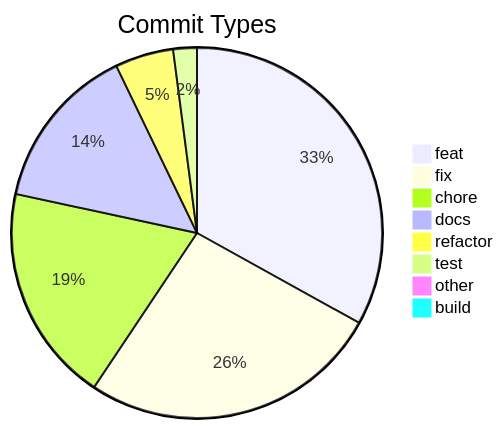
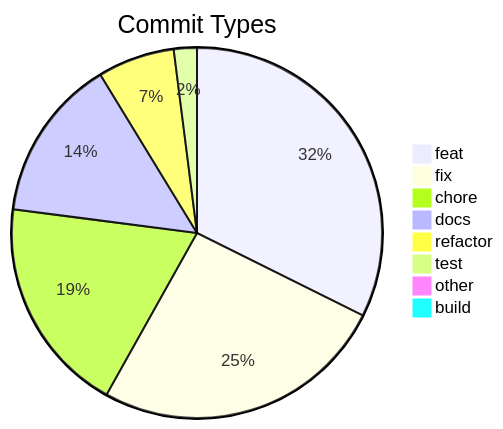
The diagram in .shipwright/compliance/change-history.md (svenroth-ai/shipwright), drawn with Mermaid before and after one commit. The commit also changed other lines of this file and 17 other files, not shown here.

````diff
--- a/.shipwright/compliance/change-history.md
+++ b/.shipwright/compliance/change-history.md
@@ -8,11 +8,11 @@
 ```mermaid
 pie title Commit Types
-    "feat" : 240
-    "fix" : 191
-    "chore" : 138
-    "docs" : 105
-    "refactor" : 37
+    "feat" : 241
+    "fix" : 192
+    "chore" : 141
+    "docs" : 106
+    "refactor" : 50
     "test" : 15
     "other" : 7
     "build" : 1
 ```
````
